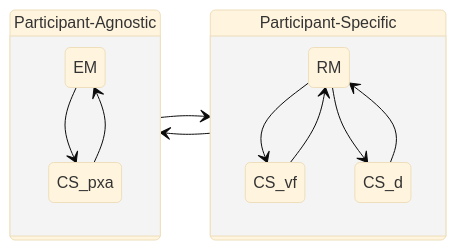
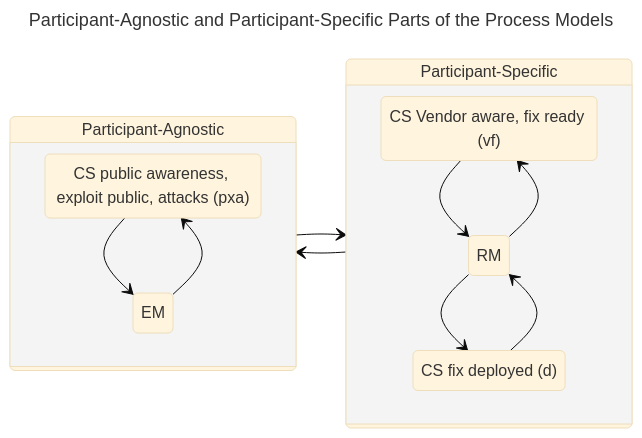
The diagram in docs/topics/process_models/model_interactions/index.md (CERTCC/Vultron), drawn with Mermaid (base theme) before and after one commit. The commit also changed other lines of this file and 44 other files, not shown here.

````diff
--- a/docs/topics/process_models/model_interactions/index.md
+++ b/docs/topics/process_models/model_interactions/index.md
@@ -32,23 +26,29 @@
 ```mermaid
+---
+title: Participant-Agnostic and Participant-Specific Parts of the Process Models
+---
 stateDiagram-v2
     direction LR
     PA: Participant-Agnostic
+    CS_pxa: CS public awareness, exploit public, attacks (pxa)
+    CS_vf: CS Vendor aware, fix ready (vf)
+    CS_d: CS fix deployed (d)
     state PA {
         EM
         CS_pxa
         EM --> CS_pxa
         CS_pxa --> EM
     }
     PS: Participant-Specific
     state PS {
         RM
         CS_vf
         CS_d
         RM --> CS_vf
         RM --> CS_d
         CS_vf --> RM
         CS_d --> RM
     }
     PA --> PS
-    PS --> PA   
+    PS --> PA
 ```
````
